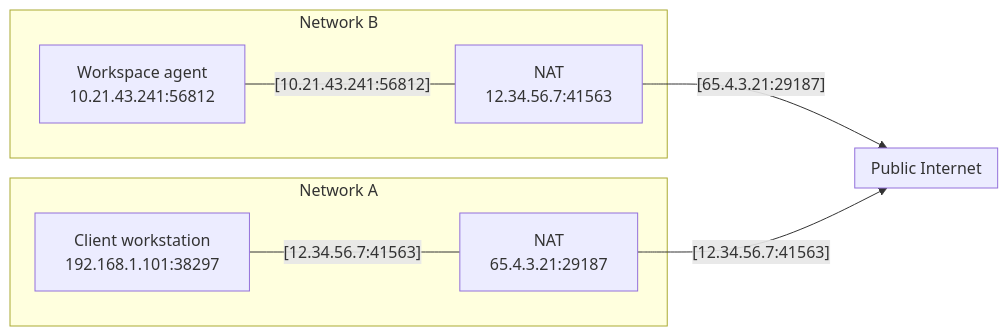
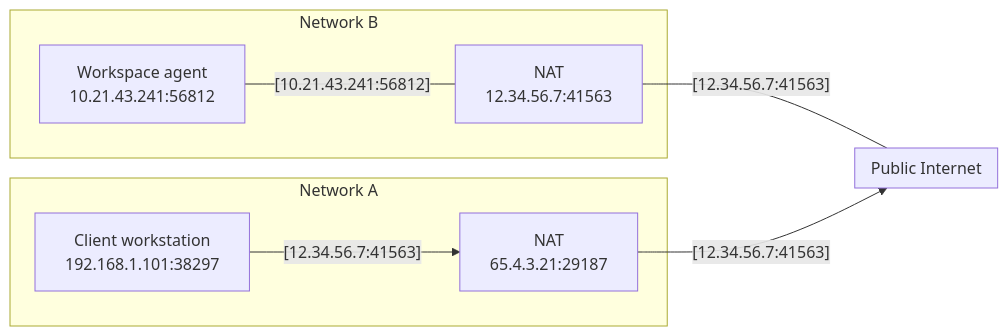
Before and after one commit to reverb256/coder: the third of 4 diagrams in docs/networking/stun.md, drawn with Mermaid.

Commit message:
chore(docs/networking/stun): fix diagram in section 2 (#12103)

````diff
--- a/docs/networking/stun.md
+++ b/docs/networking/stun.md
@@ -108,20 +108,20 @@
 ```mermaid
 flowchart LR
   subgraph homenet["Network A"]
     client["Client workstation\n192.168.1.101:38297"]
     homenat["NAT\n65.4.3.21:29187"]
   end
   subgraph corpnet["Network B"]
     agent["Workspace agent\n10.21.43.241:56812"]
     corpnat["NAT\n12.34.56.7:41563"]
   end
 
   subgraph internet["Public Internet"]
   end
 
-  client -- "[12.34.56.7:41563]" --- homenat
+  client -- "[12.34.56.7:41563]" --> homenat
   agent -- "[10.21.43.241:56812]" --- corpnat
-  corpnat -- "[65.4.3.21:29187]" --> internet
+  corpnat -- "[12.34.56.7:41563]" --- internet
   homenat -- "[12.34.56.7:41563]" --> internet
 
 ```
````
